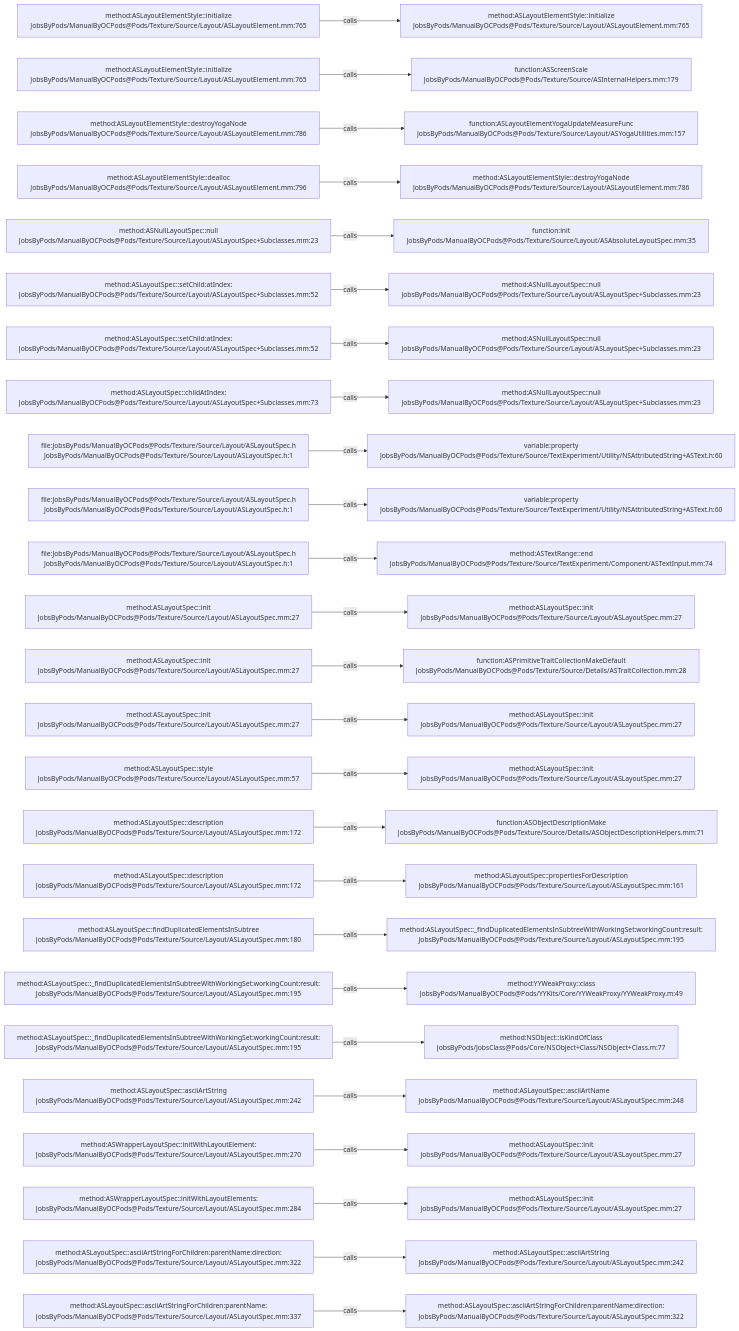
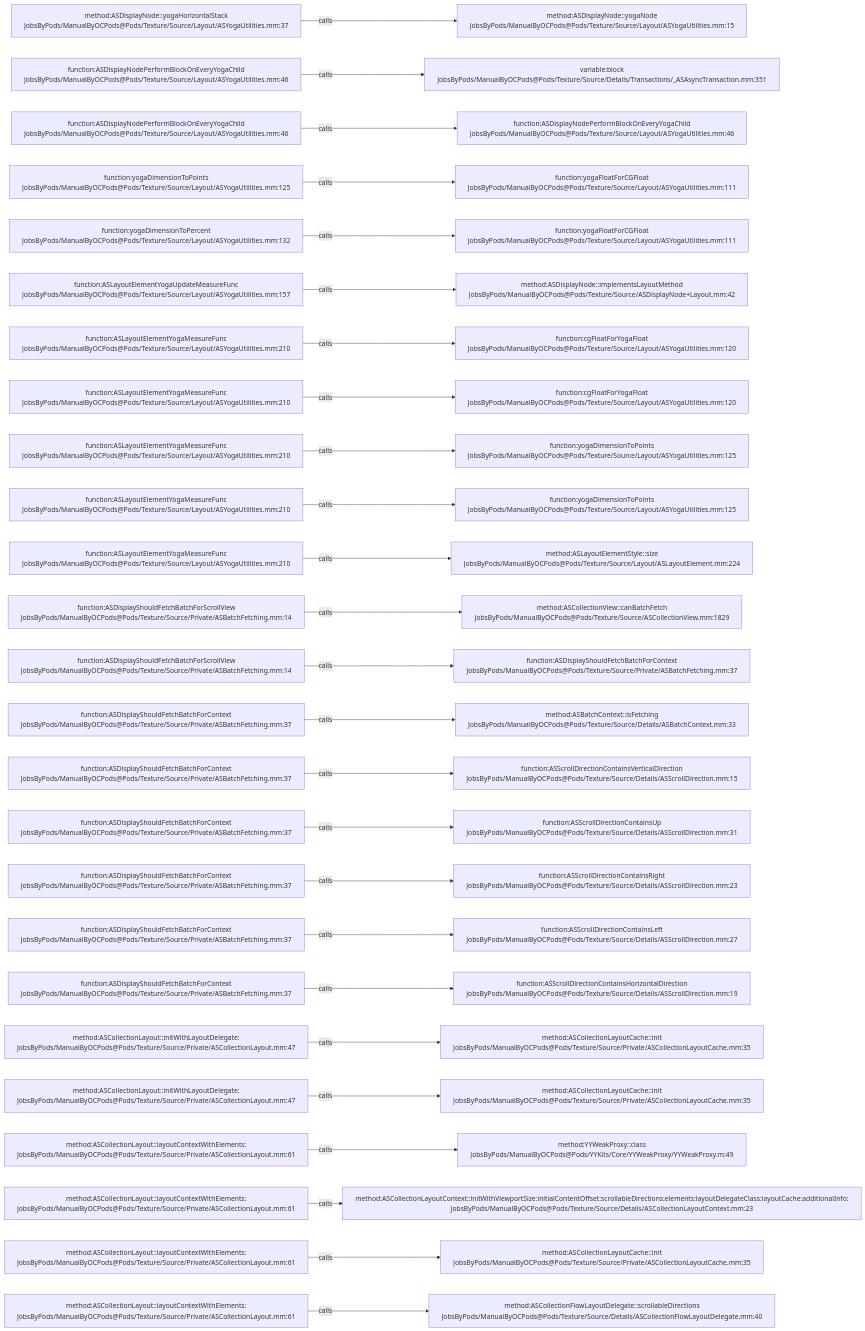
The diagram in .codegraph/codegraph.md/graphs/calls-182.md (JobsKits/JobsOCBaseConfigDemo), drawn with Mermaid before and after one commit. The commit also changed 1353 other files, not shown here.

````diff
--- a/.codegraph/codegraph.md/graphs/calls-182.md
+++ b/.codegraph/codegraph.md/graphs/calls-182.md
@@ -13,78 +13,78 @@
 ```mermaid
 flowchart LR
-  S1["method:ASLayoutElementStyle::initialize<br/>JobsByPods/ManualByOCPods@Pods/Texture/Source/Layout/ASLayoutElement.mm:765"]
-  T1["method:ASLayoutElementStyle::initialize<br/>JobsByPods/ManualByOCPods@Pods/Texture/Source/Layout/ASLayoutElement.mm:765"]
+  S1["method:ASDisplayNode::yogaHorizontalStack<br/>JobsByPods/ManualByOCPods@Pods/Texture/Source/Layout/ASYogaUtilities.mm:37"]
+  T1["method:ASDisplayNode::yogaNode<br/>JobsByPods/ManualByOCPods@Pods/Texture/Source/Layout/ASYogaUtilities.mm:15"]
   S1 -->|calls| T1
-  S2["method:ASLayoutElementStyle::initialize<br/>JobsByPods/ManualByOCPods@Pods/Texture/Source/Layout/ASLayoutElement.mm:765"]
-  T2["function:ASScreenScale<br/>JobsByPods/ManualByOCPods@Pods/Texture/Source/ASInternalHelpers.mm:179"]
+  S2["function:ASDisplayNodePerformBlockOnEveryYogaChild<br/>JobsByPods/ManualByOCPods@Pods/Texture/Source/Layout/ASYogaUtilities.mm:46"]
+  T2["variable:block<br/>JobsByPods/ManualByOCPods@Pods/Texture/Source/Details/Transactions/_ASAsyncTransaction.mm:351"]
   S2 -->|calls| T2
-  S3["method:ASLayoutElementStyle::destroyYogaNode<br/>JobsByPods/ManualByOCPods@Pods/Texture/Source/Layout/ASLayoutElement.mm:786"]
-  T3["function:ASLayoutElementYogaUpdateMeasureFunc<br/>JobsByPods/ManualByOCPods@Pods/Texture/Source/Layout/ASYogaUtilities.mm:157"]
+  S3["function:ASDisplayNodePerformBlockOnEveryYogaChild<br/>JobsByPods/ManualByOCPods@Pods/Texture/Source/Layout/ASYogaUtilities.mm:46"]
+  T3["function:ASDisplayNodePerformBlockOnEveryYogaChild<br/>JobsByPods/ManualByOCPods@Pods/Texture/Source/Layout/ASYogaUtilities.mm:46"]
   S3 -->|calls| T3
-  S4["method:ASLayoutElementStyle::dealloc<br/>JobsByPods/ManualByOCPods@Pods/Texture/Source/Layout/ASLayoutElement.mm:796"]
-  T4["method:ASLayoutElementStyle::destroyYogaNode<br/>JobsByPods/ManualByOCPods@Pods/Texture/Source/Layout/ASLayoutElement.mm:786"]
+  S4["function:yogaDimensionToPoints<br/>JobsByPods/ManualByOCPods@Pods/Texture/Source/Layout/ASYogaUtilities.mm:125"]
+  T4["function:yogaFloatForCGFloat<br/>JobsByPods/ManualByOCPods@Pods/Texture/Source/Layout/ASYogaUtilities.mm:111"]
   S4 -->|calls| T4
-  S5["method:ASNullLayoutSpec::null<br/>JobsByPods/ManualByOCPods@Pods/Texture/Source/Layout/ASLayoutSpec+Subclasses.mm:23"]
-  T5["function:init<br/>JobsByPods/ManualByOCPods@Pods/Texture/Source/Layout/ASAbsoluteLayoutSpec.mm:35"]
+  S5["function:yogaDimensionToPercent<br/>JobsByPods/ManualByOCPods@Pods/Texture/Source/Layout/ASYogaUtilities.mm:132"]
+  T5["function:yogaFloatForCGFloat<br/>JobsByPods/ManualByOCPods@Pods/Texture/Source/Layout/ASYogaUtilities.mm:111"]
   S5 -->|calls| T5
-  S6["method:ASLayoutSpec::setChild:atIndex:<br/>JobsByPods/ManualByOCPods@Pods/Texture/Source/Layout/ASLayoutSpec+Subclasses.mm:52"]
-  T6["method:ASNullLayoutSpec::null<br/>JobsByPods/ManualByOCPods@Pods/Texture/Source/Layout/ASLayoutSpec+Subclasses.mm:23"]
+  S6["function:ASLayoutElementYogaUpdateMeasureFunc<br/>JobsByPods/ManualByOCPods@Pods/Texture/Source/Layout/ASYogaUtilities.mm:157"]
+  T6["method:ASDisplayNode::implementsLayoutMethod<br/>JobsByPods/ManualByOCPods@Pods/Texture/Source/ASDisplayNode+Layout.mm:42"]
   S6 -->|calls| T6
-  S7["method:ASLayoutSpec::setChild:atIndex:<br/>JobsByPods/ManualByOCPods@Pods/Texture/Source/Layout/ASLayoutSpec+Subclasses.mm:52"]
-  T7["method:ASNullLayoutSpec::null<br/>JobsByPods/ManualByOCPods@Pods/Texture/Source/Layout/ASLayoutSpec+Subclasses.mm:23"]
+  S7["function:ASLayoutElementYogaMeasureFunc<br/>JobsByPods/ManualByOCPods@Pods/Texture/Source/Layout/ASYogaUtilities.mm:210"]
+  T7["function:cgFloatForYogaFloat<br/>JobsByPods/ManualByOCPods@Pods/Texture/Source/Layout/ASYogaUtilities.mm:120"]
   S7 -->|calls| T7
-  S8["method:ASLayoutSpec::childAtIndex:<br/>JobsByPods/ManualByOCPods@Pods/Texture/Source/Layout/ASLayoutSpec+Subclasses.mm:73"]
-  T8["method:ASNullLayoutSpec::null<br/>JobsByPods/ManualByOCPods@Pods/Texture/Source/Layout/ASLayoutSpec+Subclasses.mm:23"]
+  S8["function:ASLayoutElementYogaMeasureFunc<br/>JobsByPods/ManualByOCPods@Pods/Texture/Source/Layout/ASYogaUtilities.mm:210"]
+  T8["function:cgFloatForYogaFloat<br/>JobsByPods/ManualByOCPods@Pods/Texture/Source/Layout/ASYogaUtilities.mm:120"]
   S8 -->|calls| T8
-  S9["file:JobsByPods/ManualByOCPods@Pods/Texture/Source/Layout/ASLayoutSpec.h<br/>JobsByPods/ManualByOCPods@Pods/Texture/Source/Layout/ASLayoutSpec.h:1"]
-  T9["variable:property<br/>JobsByPods/ManualByOCPods@Pods/Texture/Source/TextExperiment/Utility/NSAttributedString+ASText.h:60"]
+  S9["function:ASLayoutElementYogaMeasureFunc<br/>JobsByPods/ManualByOCPods@Pods/Texture/Source/Layout/ASYogaUtilities.mm:210"]
+  T9["function:yogaDimensionToPoints<br/>JobsByPods/ManualByOCPods@Pods/Texture/Source/Layout/ASYogaUtilities.mm:125"]
   S9 -->|calls| T9
-  S10["file:JobsByPods/ManualByOCPods@Pods/Texture/Source/Layout/ASLayoutSpec.h<br/>JobsByPods/ManualByOCPods@Pods/Texture/Source/Layout/ASLayoutSpec.h:1"]
-  T10["variable:property<br/>JobsByPods/ManualByOCPods@Pods/Texture/Source/TextExperiment/Utility/NSAttributedString+ASText.h:60"]
+  S10["function:ASLayoutElementYogaMeasureFunc<br/>JobsByPods/ManualByOCPods@Pods/Texture/Source/Layout/ASYogaUtilities.mm:210"]
+  T10["function:yogaDimensionToPoints<br/>JobsByPods/ManualByOCPods@Pods/Texture/Source/Layout/ASYogaUtilities.mm:125"]
   S10 -->|calls| T10
-  S11["file:JobsByPods/ManualByOCPods@Pods/Texture/Source/Layout/ASLayoutSpec.h<br/>JobsByPods/ManualByOCPods@Pods/Texture/Source/Layout/ASLayoutSpec.h:1"]
-  T11["method:ASTextRange::end<br/>JobsByPods/ManualByOCPods@Pods/Texture/Source/TextExperiment/Component/ASTextInput.mm:74"]
+  S11["function:ASLayoutElementYogaMeasureFunc<br/>JobsByPods/ManualByOCPods@Pods/Texture/Source/Layout/ASYogaUtilities.mm:210"]
+  T11["method:ASLayoutElementStyle::size<br/>JobsByPods/ManualByOCPods@Pods/Texture/Source/Layout/ASLayoutElement.mm:224"]
   S11 -->|calls| T11
-  S12["method:ASLayoutSpec::init<br/>JobsByPods/ManualByOCPods@Pods/Texture/Source/Layout/ASLayoutSpec.mm:27"]
-  T12["method:ASLayoutSpec::init<br/>JobsByPods/ManualByOCPods@Pods/Texture/Source/Layout/ASLayoutSpec.mm:27"]
+  S12["function:ASDisplayShouldFetchBatchForScrollView<br/>JobsByPods/ManualByOCPods@Pods/Texture/Source/Private/ASBatchFetching.mm:14"]
+  T12["method:ASCollectionView::canBatchFetch<br/>JobsByPods/ManualByOCPods@Pods/Texture/Source/ASCollectionView.mm:1829"]
   S12 -->|calls| T12
-  S13["method:ASLayoutSpec::init<br/>JobsByPods/ManualByOCPods@Pods/Texture/Source/Layout/ASLayoutSpec.mm:27"]
-  T13["function:ASPrimitiveTraitCollectionMakeDefault<br/>JobsByPods/ManualByOCPods@Pods/Texture/Source/Details/ASTraitCollection.mm:28"]
+  S13["function:ASDisplayShouldFetchBatchForScrollView<br/>JobsByPods/ManualByOCPods@Pods/Texture/Source/Private/ASBatchFetching.mm:14"]
+  T13["function:ASDisplayShouldFetchBatchForContext<br/>JobsByPods/ManualByOCPods@Pods/Texture/Source/Private/ASBatchFetching.mm:37"]
   S13 -->|calls| T13
-  S14["method:ASLayoutSpec::init<br/>JobsByPods/ManualByOCPods@Pods/Texture/Source/Layout/ASLayoutSpec.mm:27"]
-  T14["method:ASLayoutSpec::init<br/>JobsByPods/ManualByOCPods@Pods/Texture/Source/Layout/ASLayoutSpec.mm:27"]
+  S14["function:ASDisplayShouldFetchBatchForContext<br/>JobsByPods/ManualByOCPods@Pods/Texture/Source/Private/ASBatchFetching.mm:37"]
+  T14["method:ASBatchContext::isFetching<br/>JobsByPods/ManualByOCPods@Pods/Texture/Source/Details/ASBatchContext.mm:33"]
   S14 -->|calls| T14
-  S15["method:ASLayoutSpec::style<br/>JobsByPods/ManualByOCPods@Pods/Texture/Source/Layout/ASLayoutSpec.mm:57"]
-  T15["method:ASLayoutSpec::init<br/>JobsByPods/ManualByOCPods@Pods/Texture/Source/Layout/ASLayoutSpec.mm:27"]
+  S15["function:ASDisplayShouldFetchBatchForContext<br/>JobsByPods/ManualByOCPods@Pods/Texture/Source/Private/ASBatchFetching.mm:37"]
+  T15["function:ASScrollDirectionContainsVerticalDirection<br/>JobsByPods/ManualByOCPods@Pods/Texture/Source/Details/ASScrollDirection.mm:15"]
   S15 -->|calls| T15
-  S16["method:ASLayoutSpec::description<br/>JobsByPods/ManualByOCPods@Pods/Texture/Source/Layout/ASLayoutSpec.mm:172"]
-  T16["function:ASObjectDescriptionMake<br/>JobsByPods/ManualByOCPods@Pods/Texture/Source/Details/ASObjectDescriptionHelpers.mm:71"]
+  S16["function:ASDisplayShouldFetchBatchForContext<br/>JobsByPods/ManualByOCPods@Pods/Texture/Source/Private/ASBatchFetching.mm:37"]
+  T16["function:ASScrollDirectionContainsUp<br/>JobsByPods/ManualByOCPods@Pods/Texture/Source/Details/ASScrollDirection.mm:31"]
   S16 -->|calls| T16
-  S17["method:ASLayoutSpec::description<br/>JobsByPods/ManualByOCPods@Pods/Texture/Source/Layout/ASLayoutSpec.mm:172"]
-  T17["method:ASLayoutSpec::propertiesForDescription<br/>JobsByPods/ManualByOCPods@Pods/Texture/Source/Layout/ASLayoutSpec.mm:161"]
+  S17["function:ASDisplayShouldFetchBatchForContext<br/>JobsByPods/ManualByOCPods@Pods/Texture/Source/Private/ASBatchFetching.mm:37"]
+  T17["function:ASScrollDirectionContainsRight<br/>JobsByPods/ManualByOCPods@Pods/Texture/Source/Details/ASScrollDirection.mm:23"]
   S17 -->|calls| T17
-  S18["method:ASLayoutSpec::findDuplicatedElementsInSubtree<br/>JobsByPods/ManualByOCPods@Pods/Texture/Source/Layout/ASLayoutSpec.mm:180"]
-  T18["method:ASLayoutSpec::_findDuplicatedElementsInSubtreeWithWorkingSet:workingCount:result:<br/>JobsByPods/ManualByOCPods@Pods/Texture/Source/Layout/ASLayoutSpec.mm:195"]
+  S18["function:ASDisplayShouldFetchBatchForContext<br/>JobsByPods/ManualByOCPods@Pods/Texture/Source/Private/ASBatchFetching.mm:37"]
+  T18["function:ASScrollDirectionContainsLeft<br/>JobsByPods/ManualByOCPods@Pods/Texture/Source/Details/ASScrollDirection.mm:27"]
   S18 -->|calls| T18
-  S19["method:ASLayoutSpec::_findDuplicatedElementsInSubtreeWithWorkingSet:workingCount:result:<br/>JobsByPods/ManualByOCPods@Pods/Texture/Source/Layout/ASLayoutSpec.mm:195"]
-  T19["method:YYWeakProxy::class<br/>JobsByPods/ManualByOCPods@Pods/YYKits/Core/YYWeakProxy/YYWeakProxy.m:49"]
+  S19["function:ASDisplayShouldFetchBatchForContext<br/>JobsByPods/ManualByOCPods@Pods/Texture/Source/Private/ASBatchFetching.mm:37"]
+  T19["function:ASScrollDirectionContainsHorizontalDirection<br/>JobsByPods/ManualByOCPods@Pods/Texture/Source/Details/ASScrollDirection.mm:19"]
   S19 -->|calls| T19
-  S20["method:ASLayoutSpec::_findDuplicatedElementsInSubtreeWithWorkingSet:workingCount:result:<br/>JobsByPods/ManualByOCPods@Pods/Texture/Source/Layout/ASLayoutSpec.mm:195"]
-  T20["method:NSObject::isKindOfClass<br/>JobsByPods/JobsClass@Pods/Core/NSObject+Class/NSObject+Class.m:77"]
+  S20["method:ASCollectionLayout::initWithLayoutDelegate:<br/>JobsByPods/ManualByOCPods@Pods/Texture/Source/Private/ASCollectionLayout.mm:47"]
+  T20["method:ASCollectionLayoutCache::init<br/>JobsByPods/ManualByOCPods@Pods/Texture/Source/Private/ASCollectionLayoutCache.mm:35"]
   S20 -->|calls| T20
-  S21["method:ASLayoutSpec::asciiArtString<br/>JobsByPods/ManualByOCPods@Pods/Texture/Source/Layout/ASLayoutSpec.mm:242"]
-  T21["method:ASLayoutSpec::asciiArtName<br/>JobsByPods/ManualByOCPods@Pods/Texture/Source/Layout/ASLayoutSpec.mm:248"]
+  S21["method:ASCollectionLayout::initWithLayoutDelegate:<br/>JobsByPods/ManualByOCPods@Pods/Texture/Source/Private/ASCollectionLayout.mm:47"]
+  T21["method:ASCollectionLayoutCache::init<br/>JobsByPods/ManualByOCPods@Pods/Texture/Source/Private/ASCollectionLayoutCache.mm:35"]
   S21 -->|calls| T21
-  S22["method:ASWrapperLayoutSpec::initWithLayoutElement:<br/>JobsByPods/ManualByOCPods@Pods/Texture/Source/Layout/ASLayoutSpec.mm:270"]
-  T22["method:ASLayoutSpec::init<br/>JobsByPods/ManualByOCPods@Pods/Texture/Source/Layout/ASLayoutSpec.mm:27"]
+  S22["method:ASCollectionLayout::layoutContextWithElements:<br/>JobsByPods/ManualByOCPods@Pods/Texture/Source/Private/ASCollectionLayout.mm:61"]
+  T22["method:YYWeakProxy::class<br/>JobsByPods/ManualByOCPods@Pods/YYKits/Core/YYWeakProxy/YYWeakProxy.m:49"]
   S22 -->|calls| T22
-  S23["method:ASWrapperLayoutSpec::initWithLayoutElements:<br/>JobsByPods/ManualByOCPods@Pods/Texture/Source/Layout/ASLayoutSpec.mm:284"]
-  T23["method:ASLayoutSpec::init<br/>JobsByPods/ManualByOCPods@Pods/Texture/Source/Layout/ASLayoutSpec.mm:27"]
+  S23["method:ASCollectionLayout::layoutContextWithElements:<br/>JobsByPods/ManualByOCPods@Pods/Texture/Source/Private/ASCollectionLayout.mm:61"]
+  T23["method:ASCollectionLayoutContext::initWithViewportSize:initialContentOffset:scrollableDirections:elements:layoutDelegateClass:layoutCache:additionalInfo:<br/>JobsByPods/ManualByOCPods@Pods/Texture/Source/Details/ASCollectionLayoutContext.mm:23"]
   S23 -->|calls| T23
-  S24["method:ASLayoutSpec::asciiArtStringForChildren:parentName:direction:<br/>JobsByPods/ManualByOCPods@Pods/Texture/Source/Layout/ASLayoutSpec.mm:322"]
-  T24["method:ASLayoutSpec::asciiArtString<br/>JobsByPods/ManualByOCPods@Pods/Texture/Source/Layout/ASLayoutSpec.mm:242"]
+  S24["method:ASCollectionLayout::layoutContextWithElements:<br/>JobsByPods/ManualByOCPods@Pods/Texture/Source/Private/ASCollectionLayout.mm:61"]
+  T24["method:ASCollectionLayoutCache::init<br/>JobsByPods/ManualByOCPods@Pods/Texture/Source/Private/ASCollectionLayoutCache.mm:35"]
   S24 -->|calls| T24
-  S25["method:ASLayoutSpec::asciiArtStringForChildren:parentName:<br/>JobsByPods/ManualByOCPods@Pods/Texture/Source/Layout/ASLayoutSpec.mm:337"]
-  T25["method:ASLayoutSpec::asciiArtStringForChildren:parentName:direction:<br/>JobsByPods/ManualByOCPods@Pods/Texture/Source/Layout/ASLayoutSpec.mm:322"]
+  S25["method:ASCollectionLayout::layoutContextWithElements:<br/>JobsByPods/ManualByOCPods@Pods/Texture/Source/Private/ASCollectionLayout.mm:61"]
+  T25["method:ASCollectionFlowLayoutDelegate::scrollableDirections<br/>JobsByPods/ManualByOCPods@Pods/Texture/Source/Details/ASCollectionFlowLayoutDelegate.mm:40"]
   S25 -->|calls| T25
 ```
````
